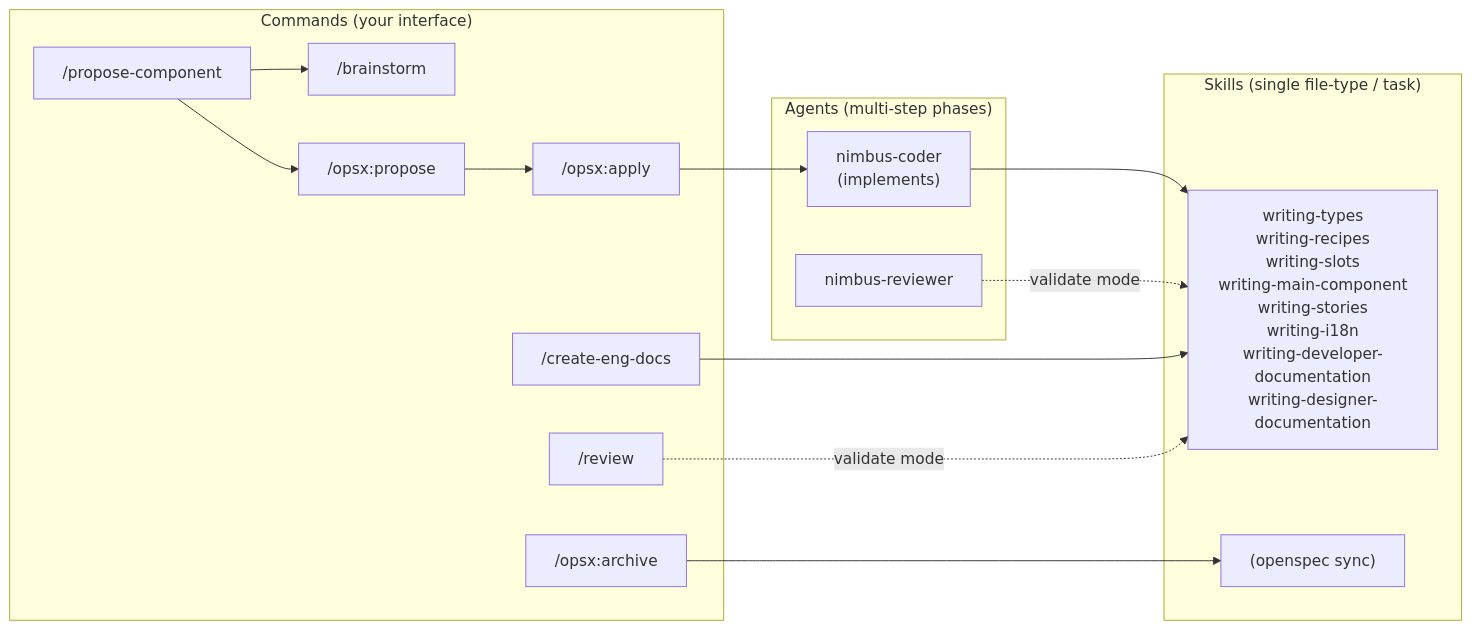
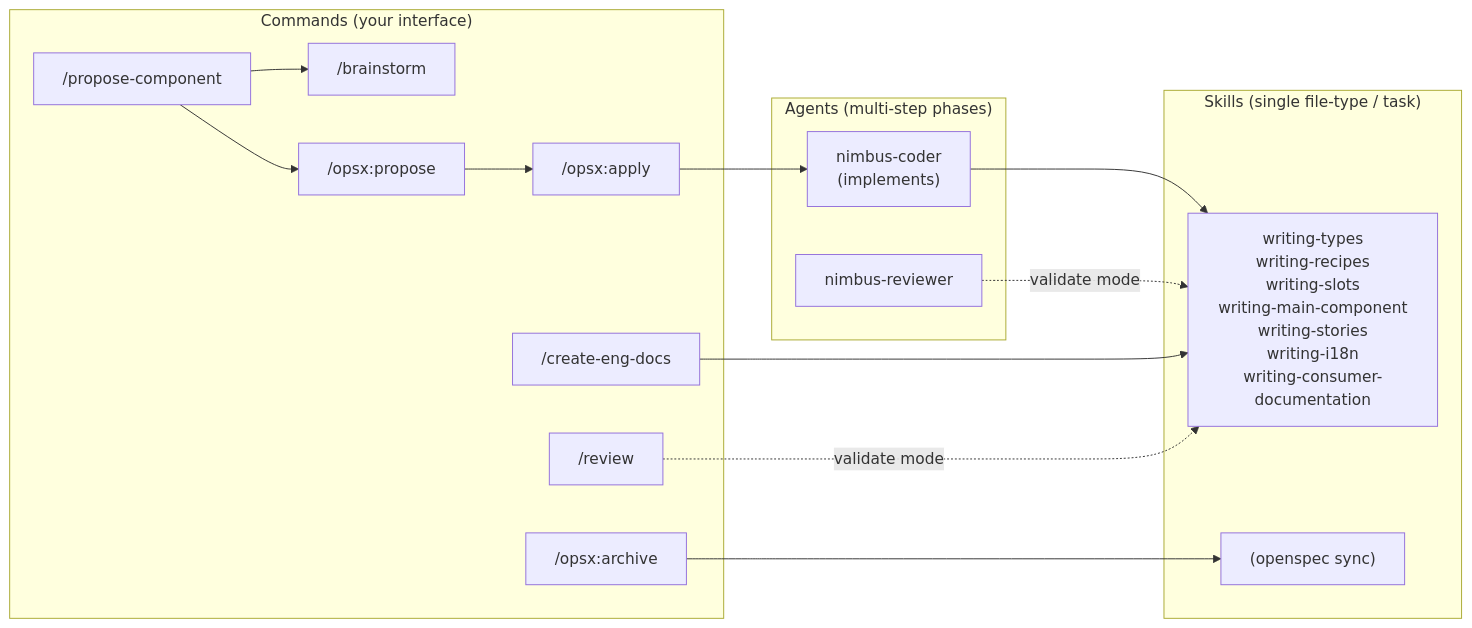
Before and after one commit to commercetools/nimbus: the diagram in docs/claude-tooling.md, drawn with Mermaid. The commit also changed other lines of this file and 12 other files, not shown here.

First line of the commit message:
docs: consolidate doc skills into writing-consumer-documentation

````diff
--- a/docs/claude-tooling.md
+++ b/docs/claude-tooling.md
@@ -27,32 +27,32 @@
 ```mermaid
 flowchart LR
     subgraph Commands["Commands (your interface)"]
         propose["/propose-component"]
         createEng["/create-eng-docs"]
         review["/review"]
         opsxArchive["/opsx:archive"]
         brainstorm["/brainstorm"]
         opsxPropose["/opsx:propose"]
         opsxApply["/opsx:apply"]
     end
 
     subgraph Agents["Agents (multi-step phases)"]
         coder["nimbus-coder<br/>(implements)"]
         reviewer["nimbus-reviewer"]
     end
 
     subgraph Skills["Skills (single file-type / task)"]
-        writingSkills["writing-types<br/>writing-recipes<br/>writing-slots<br/>writing-main-component<br/>writing-stories<br/>writing-i18n<br/>writing-developer-documentation<br/>writing-designer-documentation"]
+        writingSkills["writing-types<br/>writing-recipes<br/>writing-slots<br/>writing-main-component<br/>writing-stories<br/>writing-i18n<br/>writing-consumer-documentation"]
         openspecSync["(openspec sync)"]
     end
 
     propose --> brainstorm
     propose --> opsxPropose
     opsxPropose --> opsxApply
     opsxApply --> coder
     coder --> writingSkills
     reviewer -. "validate mode" .-> writingSkills
     createEng --> writingSkills
     review -. "validate mode" .-> writingSkills
     opsxArchive --> openspecSync
 ```
````
